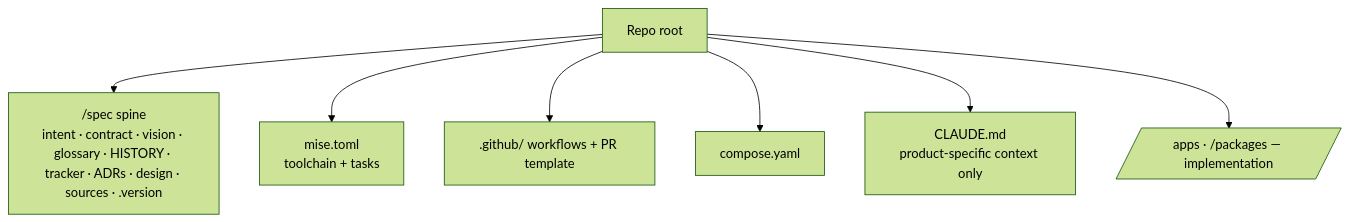
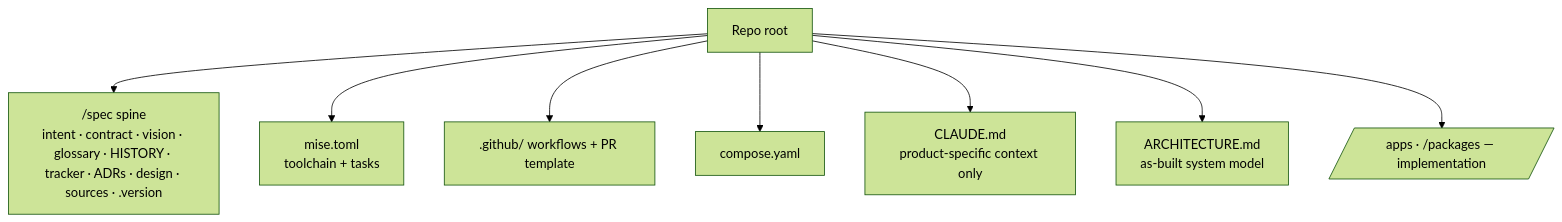
One commit to element22llc/e22-plugins changed the diagram in docs/reference/repository-contract.md. Above: the diagram before and after it, drawn with Mermaid (forest theme). The commit also changed other lines of this file and 36 other files, not shown here.

````diff
--- a/docs/reference/repository-contract.md
+++ b/docs/reference/repository-contract.md
@@ -10,9 +10,10 @@
 ```mermaid
 flowchart TD
     ROOT[Repo root] --> SPEC["/spec spine<br/>intent · contract · vision · glossary · HISTORY · tracker · ADRs · design · sources · .version"]
     ROOT --> MISE[mise.toml<br/>toolchain + tasks]
     ROOT --> CI[.github/ workflows + PR template]
     ROOT --> COMPOSE[compose.yaml]
     ROOT --> CLAUDE[CLAUDE.md<br/>product-specific context only]
+    ROOT --> ARCH[ARCHITECTURE.md<br/>as-built system model]
     ROOT --> CODE[/apps · /packages — implementation/]
 ```
````
